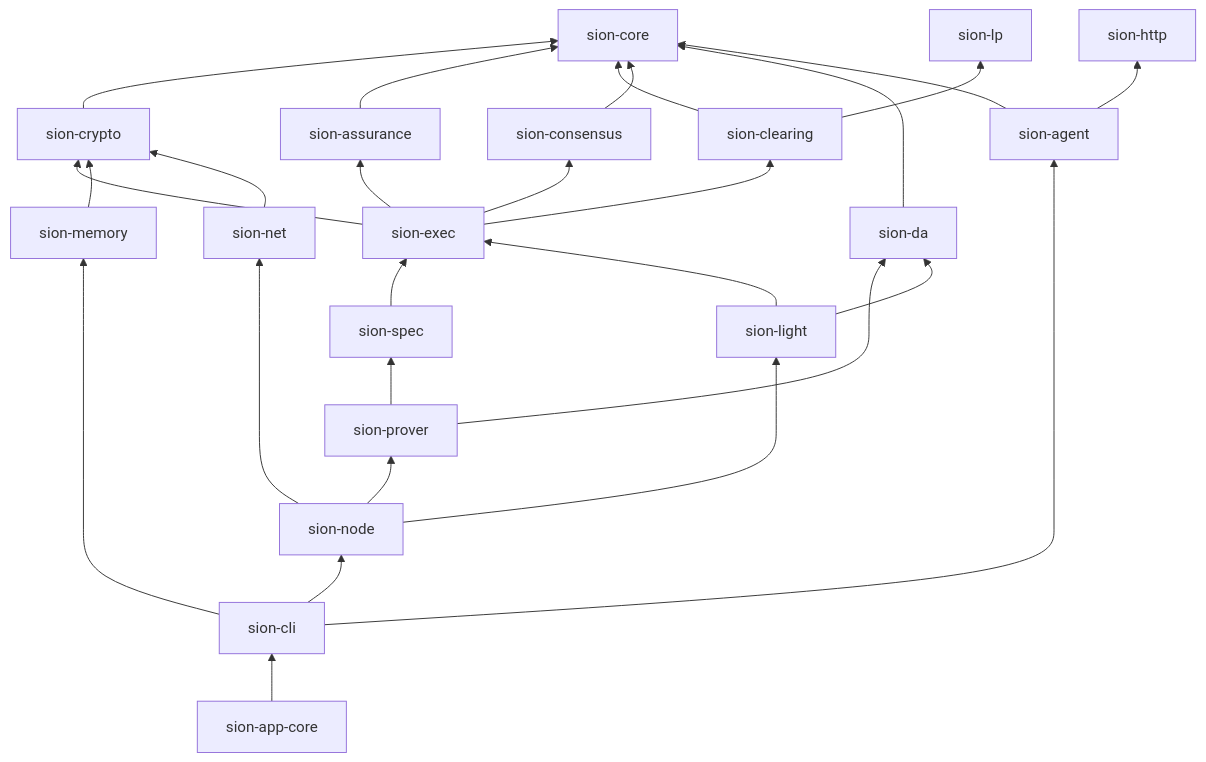
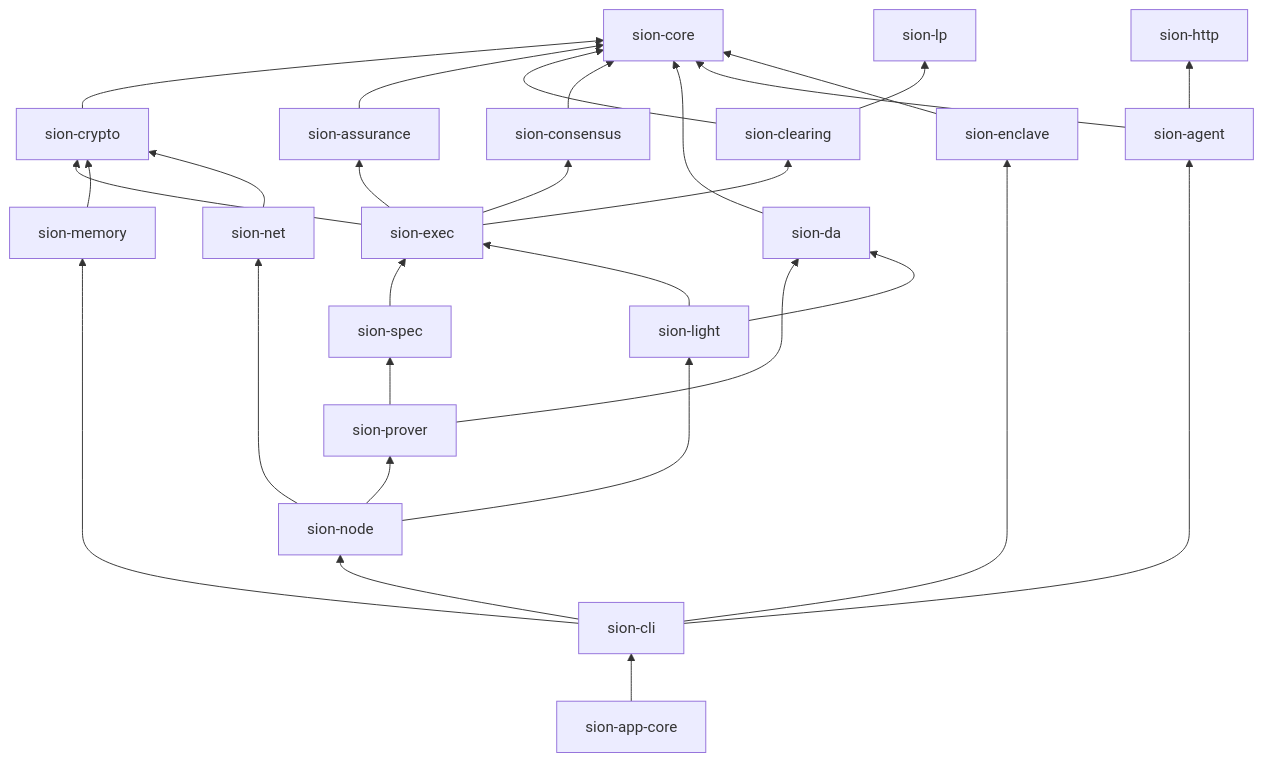
The first of 2 diagrams in ARCHITECTURE.md (shayansal/Siontology), drawn with Mermaid before and after one commit. The commit also changed other lines of this file and 13 other files, not shown here.

````diff
--- a/ARCHITECTURE.md
+++ b/ARCHITECTURE.md
@@ -36,22 +36,23 @@
 ```mermaid
 flowchart BT
   core[sion-core]
   lp[sion-lp]
   http[sion-http]
   crypto[sion-crypto] --> core
   assurance[sion-assurance] --> core
   clearing[sion-clearing] --> core
   clearing --> lp
   consensus[sion-consensus] --> core
   da[sion-da] --> core
   exec[sion-exec] --> crypto & assurance & clearing & consensus
   spec[sion-spec] --> exec
   prover[sion-prover] --> spec & da
   light[sion-light] --> exec & da
   memory[sion-memory] --> crypto
   net[sion-net] --> crypto
   node[sion-node] --> prover & light & net
   agent[sion-agent] --> http & core
-  cli[sion-cli] --> node & memory & agent
+  enclave[sion-enclave] --> core
+  cli[sion-cli] --> node & memory & agent & enclave
   app[sion-app-core] --> cli
 ```
````
